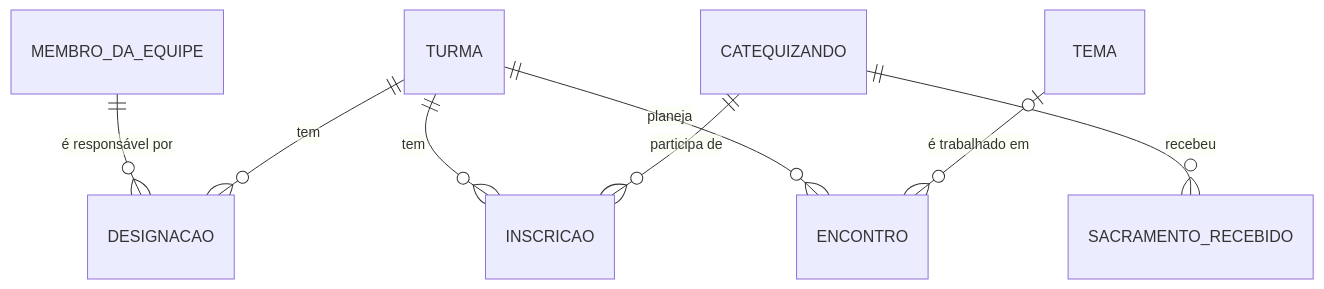
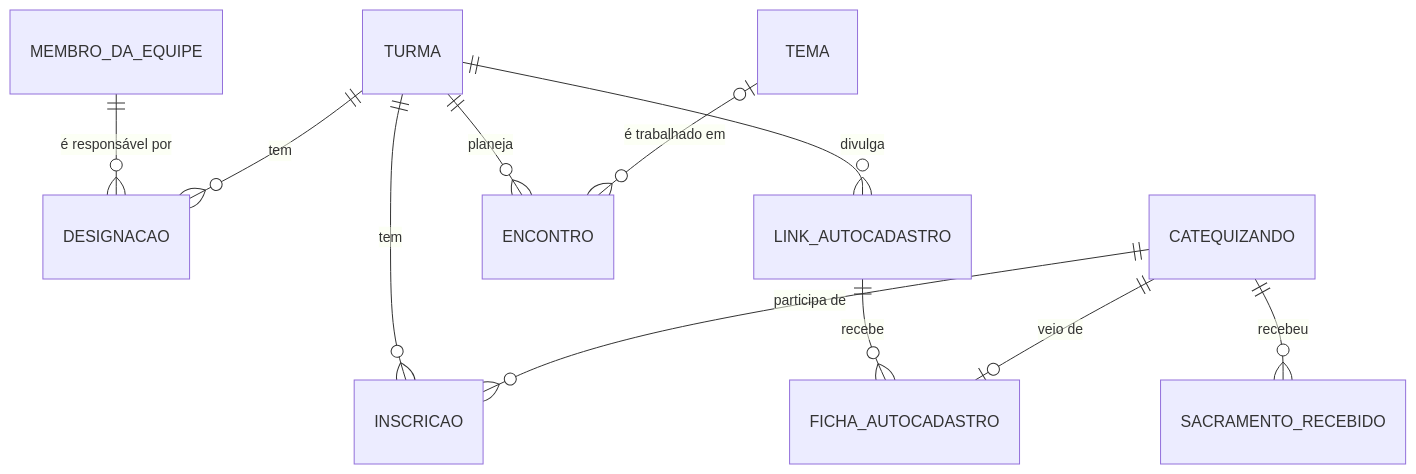
Before and after one commit to geraugu/acutis-catequese: the second of 3 diagrams in README.md, drawn with Mermaid. The commit also changed other lines of this file, not shown here.

Commit message:
docs: registra o autocadastro de catequizandos no README

````diff
--- a/README.md
+++ b/README.md
@@ -79,10 +80,13 @@
 ```mermaid
 erDiagram
     MEMBRO_DA_EQUIPE ||--o{ DESIGNACAO : "é responsável por"
     TURMA ||--o{ DESIGNACAO : tem
     TURMA ||--o{ INSCRICAO : tem
     CATEQUIZANDO ||--o{ INSCRICAO : "participa de"
     CATEQUIZANDO ||--o{ SACRAMENTO_RECEBIDO : recebeu
     TURMA ||--o{ ENCONTRO : "planeja"
     TEMA |o--o{ ENCONTRO : "é trabalhado em"
+    TURMA ||--o{ LINK_AUTOCADASTRO : "divulga"
+    LINK_AUTOCADASTRO ||--o{ FICHA_AUTOCADASTRO : recebe
+    CATEQUIZANDO ||--o| FICHA_AUTOCADASTRO : "veio de"
 ```
````
